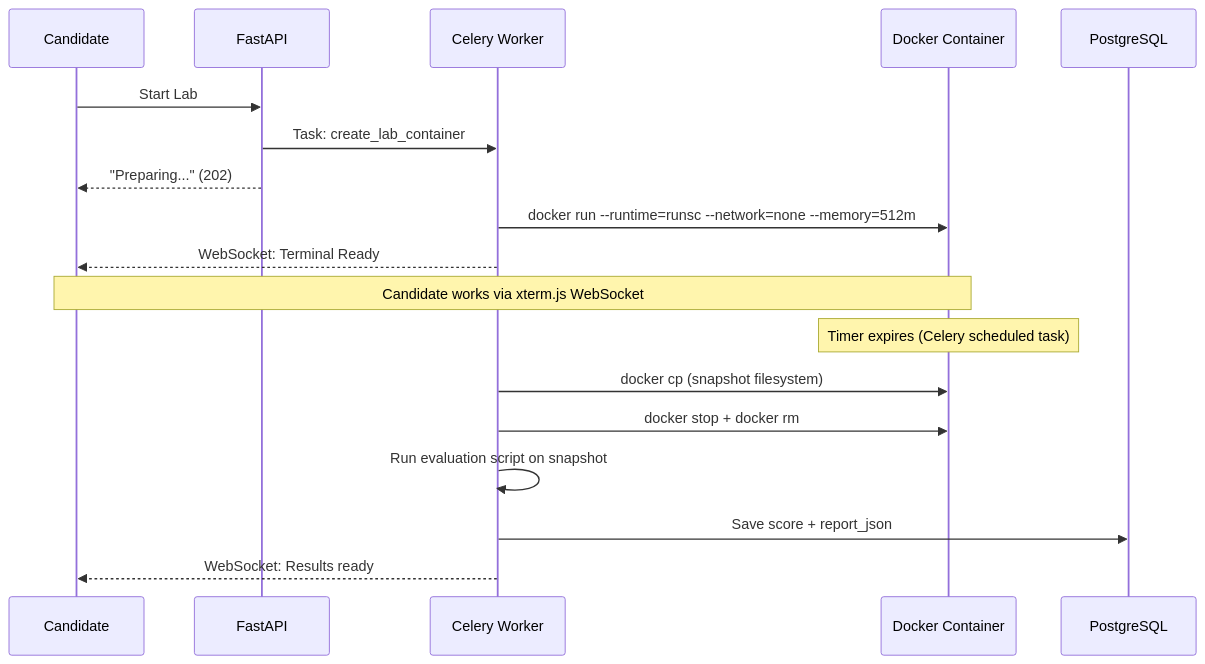
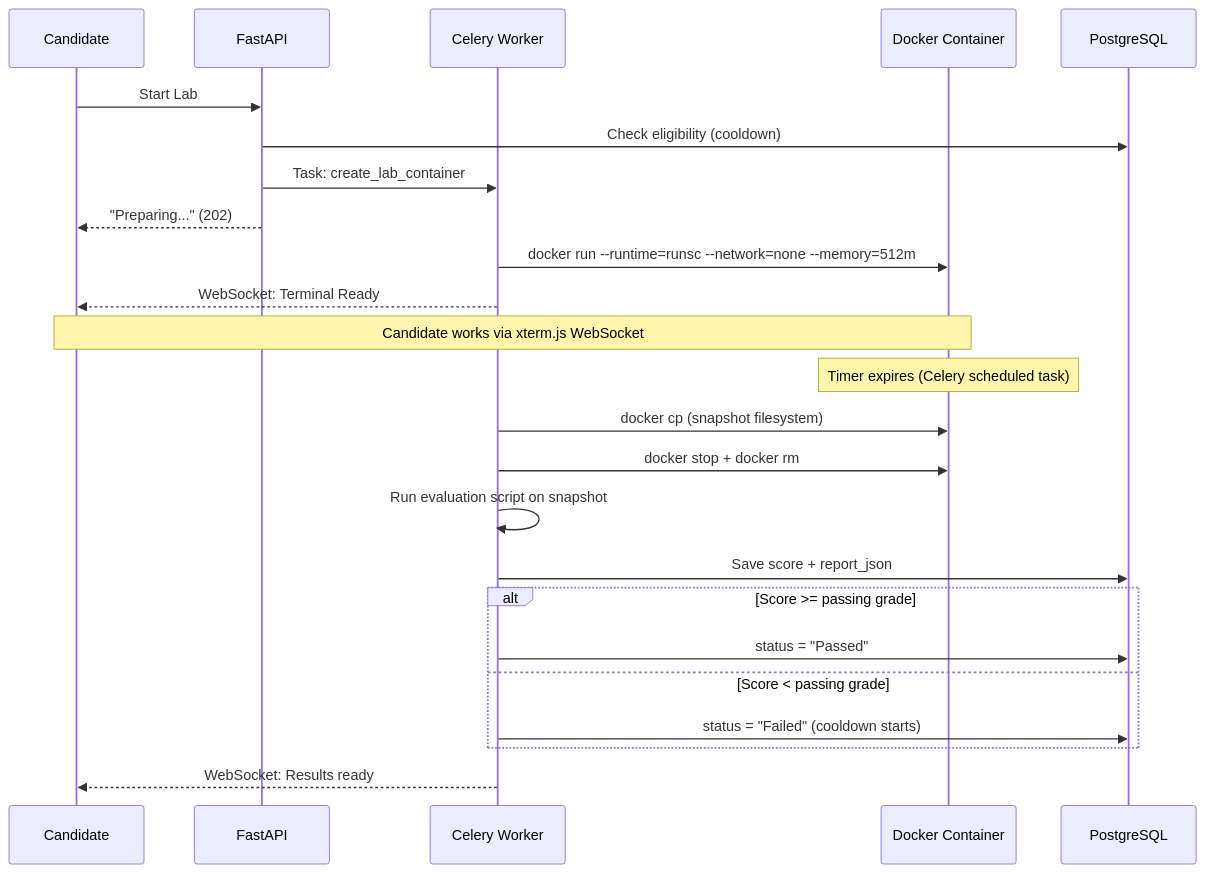
One commit to mohamed-abouseada121/temp-repo changed the eighth of 10 diagrams in README.md. Above: the diagram before and after it, drawn with Mermaid. The commit also changed other lines of this file, not shown here.

````diff
--- a/README.md
+++ b/README.md
@@ -471,21 +541,27 @@
 ```mermaid
 sequenceDiagram
     participant C as Candidate
     participant API as FastAPI
     participant W as Celery Worker
     participant D as Docker Container
     participant DB as PostgreSQL
 
     C->>API: Start Lab
+    API->>DB: Check eligibility (cooldown)
     API->>W: Task: create_lab_container
     API-->>C: "Preparing..." (202)
     W->>D: docker run --runtime=runsc --network=none --memory=512m
     W-->>C: WebSocket: Terminal Ready
     Note over C,D: Candidate works via xterm.js WebSocket
     Note over D: Timer expires (Celery scheduled task)
     W->>D: docker cp (snapshot filesystem)
     W->>D: docker stop + docker rm
     W->>W: Run evaluation script on snapshot
     W->>DB: Save score + report_json
+    alt Score >= passing grade
+        W->>DB: status = "Passed"
+    else Score < passing grade
+        W->>DB: status = "Failed" (cooldown starts)
+    end
     W-->>C: WebSocket: Results ready
 ```
````
